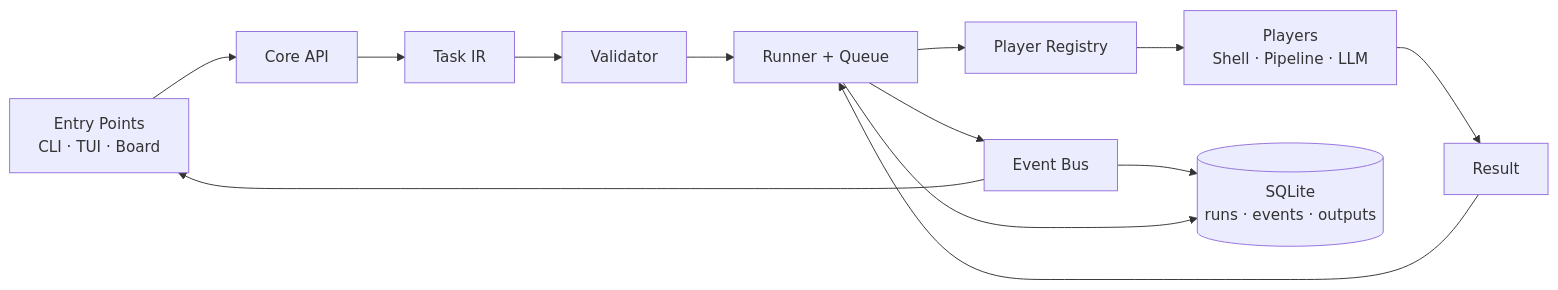
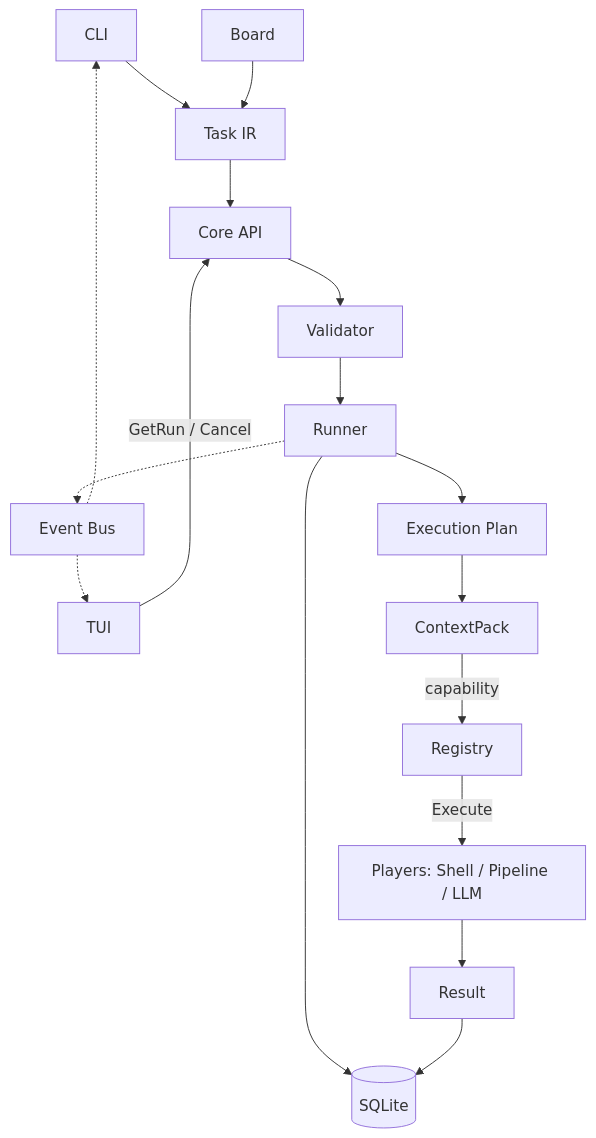
Before and after one commit to gspaim/Runtgine: the diagram in README.md, drawn with Mermaid. The commit also changed other lines of this file, not shown here.

Commit message:
docs: redraw README architecture from intake to Event Bus
Keep Task IR submission on top, add Plan/ContextPack/Registry, and
treat the Event Bus as live telemetry instead of the intake path.

````diff
--- a/README.md
+++ b/README.md
@@ -188,15 +188,19 @@
 ```mermaid
-flowchart LR
-    EP["Entry Points<br/>CLI · TUI · Board"] --> API["Core API"]
-    API --> IR["Task IR"]
-    IR --> V["Validator"]
-    V --> R["Runner + Queue"]
-    R --> B["Event Bus"]
-    R --> REG["Player Registry"]
-    REG --> P["Players<br/>Shell · Pipeline · LLM"]
-    P --> RES["Result"]
-    RES --> R
-    B --> DB[("SQLite<br/>runs · events · outputs")]
-    R --> DB
-    B --> EP
+flowchart TB
+    CLI["CLI"] --> TaskIR["Task IR"]
+    Board["Board"] --> TaskIR
+    TaskIR --> API["Core API"]
+    TUI["TUI"] -->|"GetRun / Cancel"| API
+    API --> Validator
+    Validator --> Runner
+    Runner --> Plan["Execution Plan"]
+    Plan --> Ctx["ContextPack"]
+    Ctx -->|"capability"| Registry
+    Registry -->|"Execute"| Players["Players: Shell / Pipeline / LLM"]
+    Players --> Result
+    Runner --> Store[("SQLite")]
+    Result --> Store
+    Runner -.-> Bus["Event Bus"]
+    Bus -.-> TUI
+    Bus -.-> CLI
 ```
````
